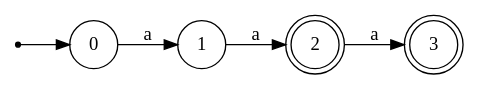
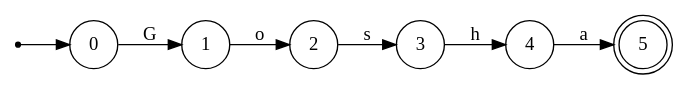
Before and after one commit to HotHeadd/automata25_mephi: the diagram in 2/visuals/automaton.dot, drawn with Graphviz. The commit also changed 9 other files, not shown here.

```diff
--- a/2/visuals/automaton.dot
+++ b/2/visuals/automaton.dot
@@ -1,12 +1,13 @@
 digraph DFA {
   rankdir=LR;
   node [shape = doublecircle];
-  2;
-  3;
+  5;
   node [shape = circle];
   start [shape=point];
   start -> 0;
-  0 -> 1 [label="a"];
-  1 -> 2 [label="a"];
-  2 -> 3 [label="a"];
+  0 -> 1 [label="G"];
+  1 -> 2 [label="o"];
+  2 -> 3 [label="s"];
+  3 -> 4 [label="h"];
+  4 -> 5 [label="a"];
 }
```
